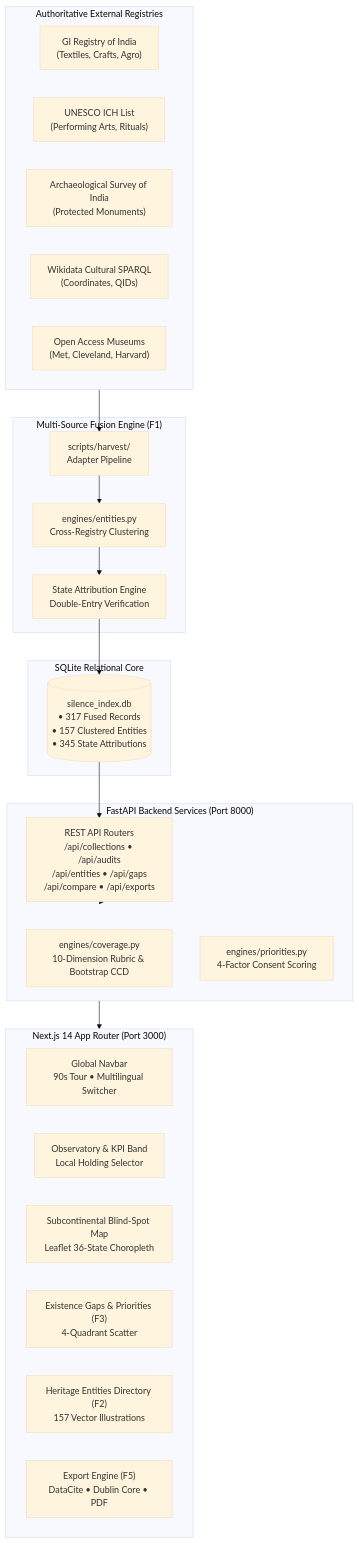
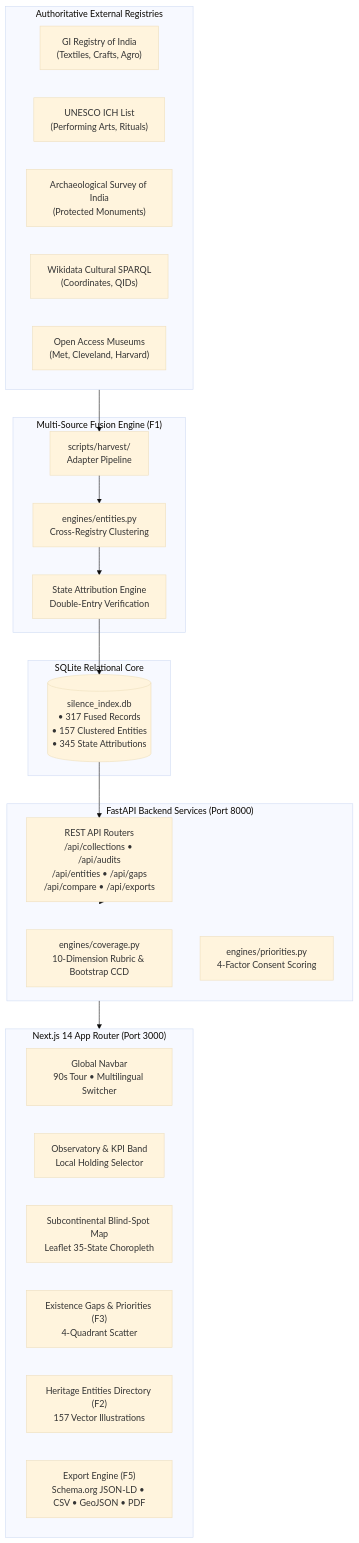
One commit to itsananyaaa/thesilentindex changed the third of 4 diagrams in README.md. Above: the diagram before and after it, drawn with Mermaid (base theme). The commit also changed other lines of this file and 36 other files, not shown here.

````diff
--- a/README.md
+++ b/README.md
@@ -205,43 +205,43 @@
 ```mermaid
 flowchart TB
     subgraph DataSources["Authoritative External Registries"]
         GI["GI Registry of India<br/>(Textiles, Crafts, Agro)"]
         UNESCO["UNESCO ICH List<br/>(Performing Arts, Rituals)"]
         ASI["Archaeological Survey of India<br/>(Protected Monuments)"]
         WIKIDATA["Wikidata Cultural SPARQL<br/>(Coordinates, QIDs)"]
         OA_MUSEUMS["Open Access Museums<br/>(Met, Cleveland, Harvard)"]
     end
 
     subgraph HarvestPipeline["Multi-Source Fusion Engine (F1)"]
         HARVESTER["scripts/harvest/<br/>Adapter Pipeline"]
         ENTITY_CLUSTER["engines/entities.py<br/>Cross-Registry Clustering"]
         DOUBLE_ENTRY["State Attribution Engine<br/>Double-Entry Verification"]
     end
 
     subgraph Storage["SQLite Relational Core"]
         DB[("silence_index.db<br/>• 317 Fused Records<br/>• 157 Clustered Entities<br/>• 345 State Attributions")]
     end
 
     subgraph BackendCore["FastAPI Backend Services (Port 8000)"]
         ROUTERS["REST API Routers<br/>/api/collections • /api/audits<br/>/api/entities • /api/gaps<br/>/api/compare • /api/exports"]
         CCD_ENGINE["engines/coverage.py<br/>10-Dimension Rubric & Bootstrap CCD"]
         PRIORITY_ENGINE["engines/priorities.py<br/>4-Factor Consent Scoring"]
     end
 
     subgraph FrontendApp["Next.js 14 App Router (Port 3000)"]
         UI_NAV["Global Navbar<br/>90s Tour • Multilingual Switcher"]
         OBSERVATORY["Observatory & KPI Band<br/>Local Holding Selector"]
-        BLINDSPOT_MAP["Subcontinental Blind-Spot Map<br/>Leaflet 36-State Choropleth"]
+        BLINDSPOT_MAP["Subcontinental Blind-Spot Map<br/>Leaflet 35-State Choropleth"]
         GAP_MATRIX["Existence Gaps & Priorities (F3)<br/>4-Quadrant Scatter"]
         ENTITY_VIEW["Heritage Entities Directory (F2)<br/>157 Vector Illustrations"]
-        EXPORTS["Export Engine (F5)<br/>DataCite • Dublin Core • PDF"]
+        EXPORTS["Export Engine (F5)<br/>Schema.org JSON-LD • CSV • GeoJSON • PDF"]
     end
 
     DataSources --> HARVESTER
     HARVESTER --> ENTITY_CLUSTER
     ENTITY_CLUSTER --> DOUBLE_ENTRY
     DOUBLE_ENTRY --> DB
     DB --> ROUTERS
     ROUTERS --> BackendCore
     BackendCore --> FrontendApp
 ```
````
